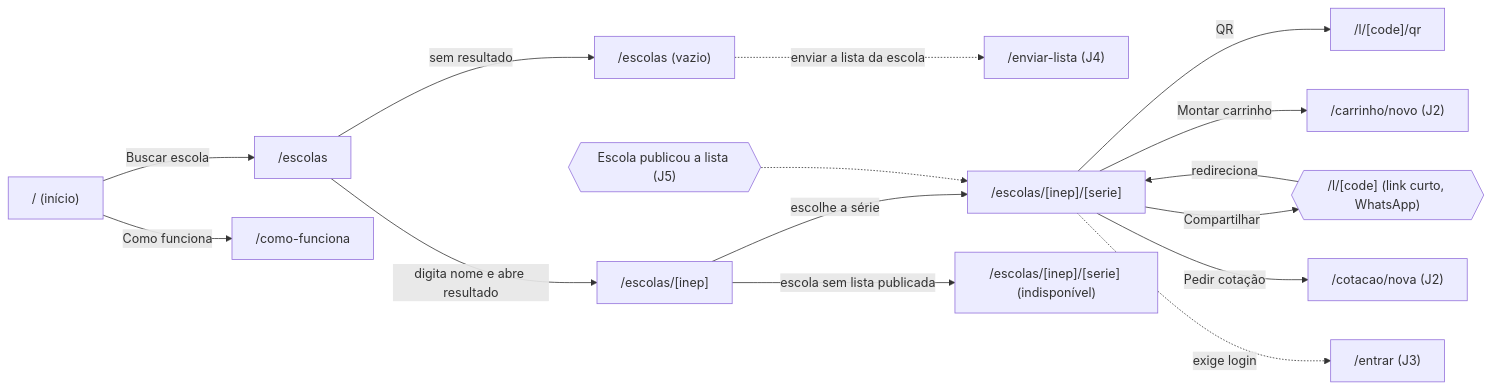
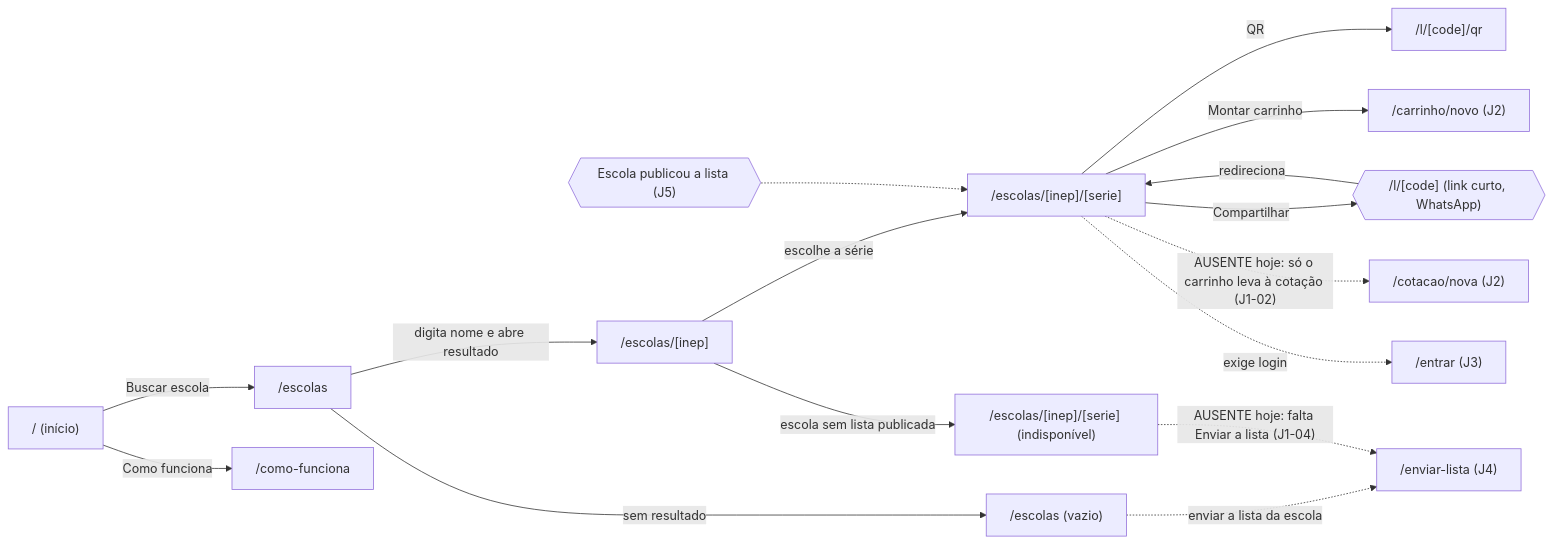
Before and after one commit to mzinhoww-svg/listaescolar: the first of 9 diagrams in docs/revisao-total/fluxos.md, drawn with Mermaid. The commit also changed other lines of this file and 21 other files, not shown here.

````diff
--- a/docs/revisao-total/fluxos.md
+++ b/docs/revisao-total/fluxos.md
@@ -9,17 +9,18 @@
 ```mermaid
 flowchart LR
   home["/ (início)"] -->|"Buscar escola"| escolas["/escolas"]
   home -->|"Como funciona"| como["/como-funciona"]
   escolas -->|"digita nome e abre resultado"| escola["/escolas/[inep]"]
   escolas -->|"sem resultado"| vazio["/escolas (vazio)"]
   vazio -.->|"enviar a lista da escola"| enviar["/enviar-lista (J4)"]
   escola -->|"escolhe a série"| lista["/escolas/[inep]/[serie]"]
   escola -->|"escola sem lista publicada"| semlista["/escolas/[inep]/[serie] (indisponível)"]
   lista -->|"Compartilhar"| curto{{"/l/[code] (link curto, WhatsApp)"}}
   lista -->|"QR"| qr["/l/[code]/qr"]
   curto -->|"redireciona"| lista
   lista -->|"Montar carrinho"| carrinho["/carrinho/novo (J2)"]
-  lista -->|"Pedir cotação"| cotacao["/cotacao/nova (J2)"]
+  lista -. "AUSENTE hoje: só o carrinho leva à cotação (J1-02)" .-> cotacao["/cotacao/nova (J2)"]
+  semlista -. "AUSENTE hoje: falta Enviar a lista (J1-04)" .-> enviar
   publicou{{"Escola publicou a lista (J5)"}} -.-> lista
   lista -.->|"exige login"| entrar["/entrar (J3)"]
 ```
````
